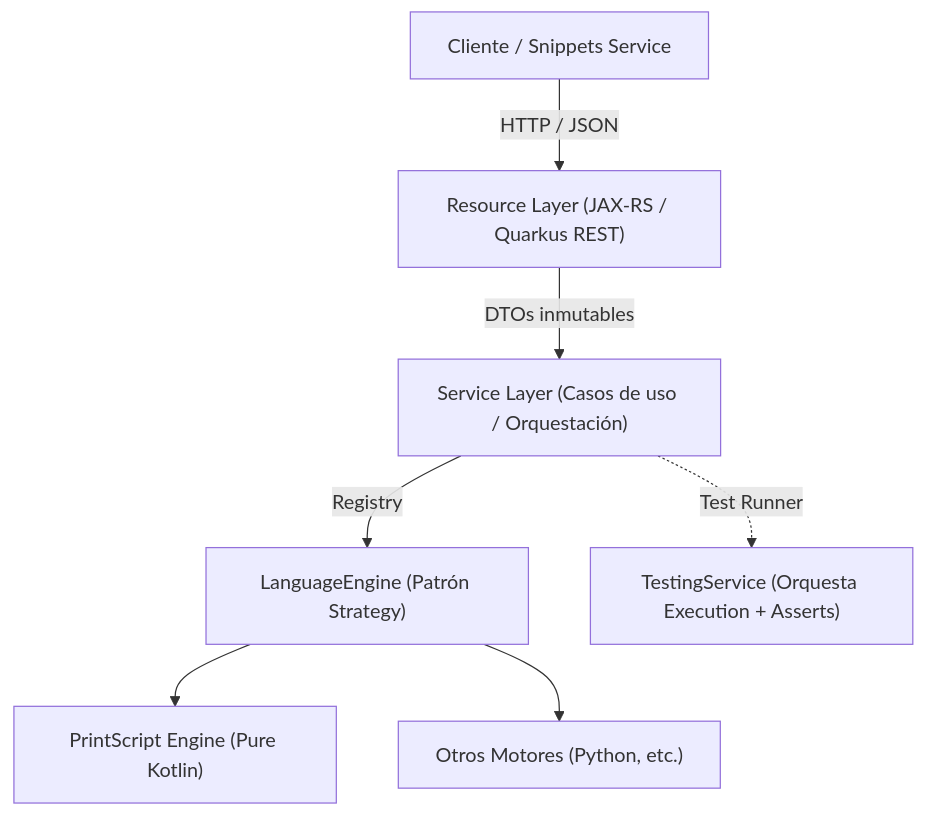
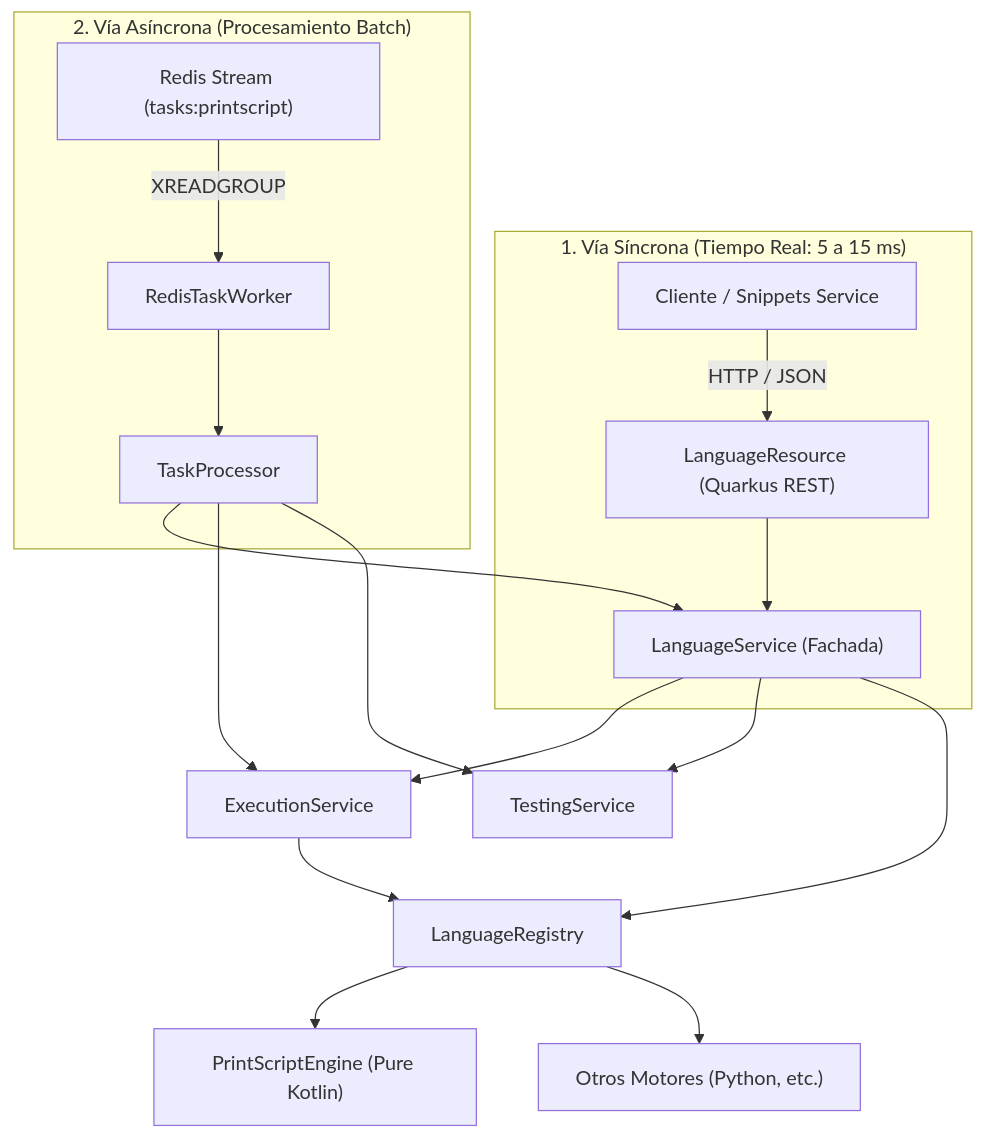
The diagram in README.md (TP1-2-INGSIS/Language), drawn with Mermaid before and after one commit. The commit also changed other lines of this file, not shown here.

Commit message:
docs: update README with dual mode architecture, packages and execution modes

````diff
--- a/README.md
+++ b/README.md
@@ -13,9 +13,23 @@
 ```mermaid
 flowchart TD
-    Client["Cliente / Snippets Service"] -->|HTTP / JSON| Resource["Resource Layer (JAX-RS / Quarkus REST)"]
-    Resource -->|DTOs inmutables| Service["Service Layer (Casos de uso / Orquestación)"]
-    Service -->|Registry| Engine["LanguageEngine (Patrón Strategy)"]
-    Service -.->|Test Runner| TestService["TestingService (Orquesta Execution + Asserts)"]
-    Engine --> PrintScript["PrintScript Engine (Pure Kotlin)"]
-    Engine --> OtherLangs["Otros Motores (Python, etc.)"]
+    subgraph Sincrono["1. Vía Síncrona (Tiempo Real: 5 a 15 ms)"]
+        Client["Cliente / Snippets Service"] -->|HTTP / JSON| Resource["LanguageResource (Quarkus REST)"]
+        Resource --> Service["LanguageService (Fachada)"]
+    end
+
+    subgraph Asincrono["2. Vía Asíncrona (Procesamiento Batch)"]
+        RedisStream["Redis Stream (tasks:printscript)"] -->|XREADGROUP| Worker["RedisTaskWorker"]
+        Worker --> TaskProc["TaskProcessor"]
+    end
+
+    Service --> ExecService["ExecutionService"]
+    Service --> TestService["TestingService"]
+    TaskProc --> Service
+    TaskProc --> ExecService
+    TaskProc --> TestService
+
+    ExecService --> Registry["LanguageRegistry"]
+    Service --> Registry
+    Registry --> PSEngine["PrintScriptEngine (Pure Kotlin)"]
+    Registry --> OtherLangs["Otros Motores (Python, etc.)"]
 ```
````
